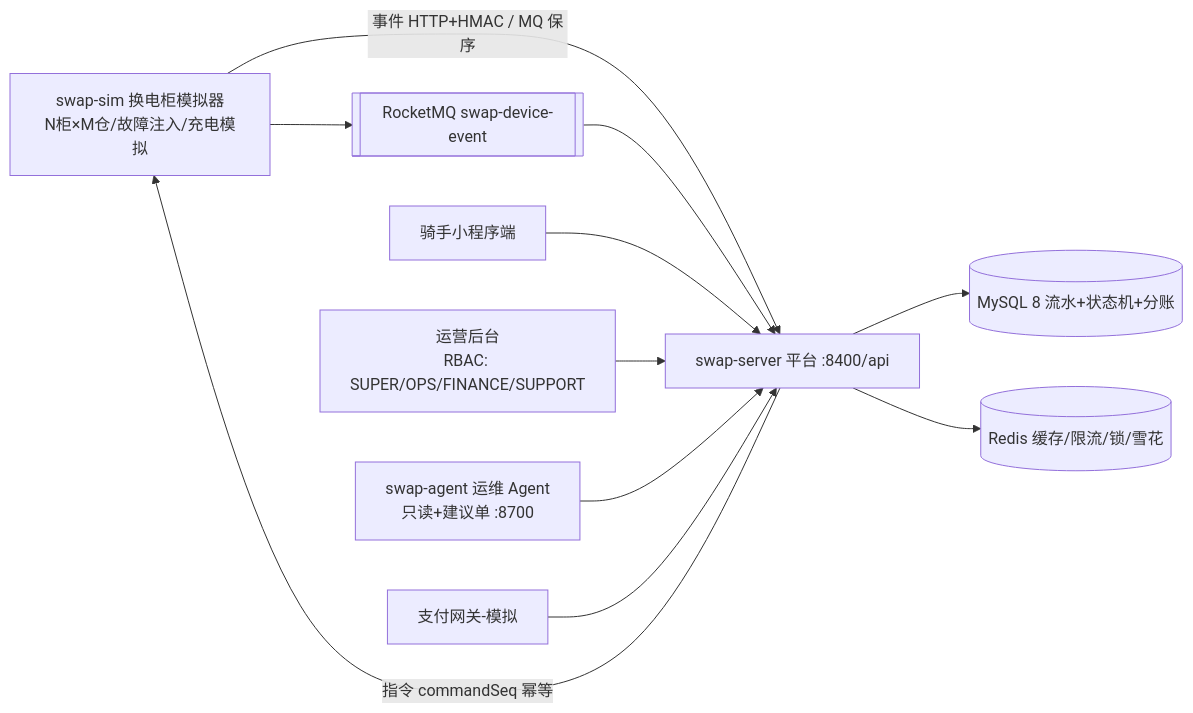
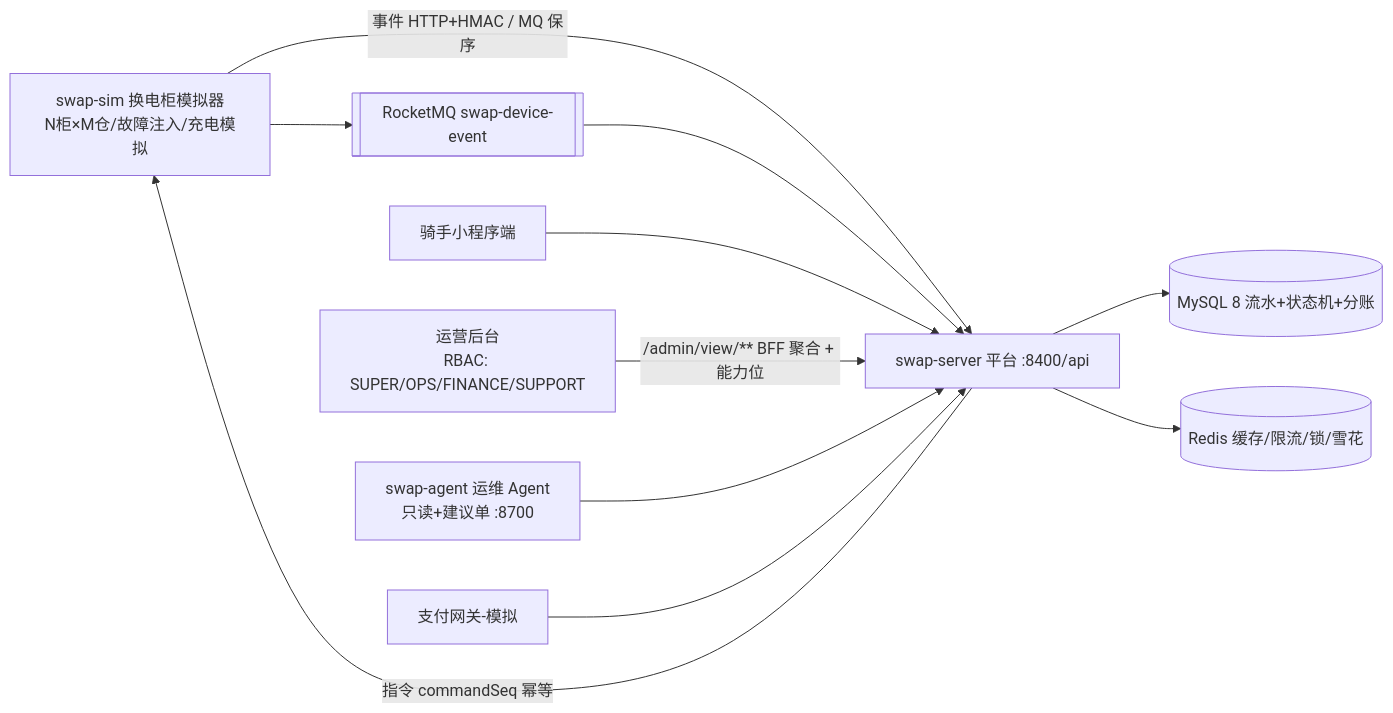
One commit to WhereLee/battery-swap-ops changed the diagram in README.md. Above: the diagram before and after it, drawn with Mermaid. The commit also changed other lines of this file and 28 other files, not shown here.

First line of the commit message:
feat(S8): 批次29 前端地基与 BFF 视图层（后端侧）

````diff
--- a/README.md
+++ b/README.md
@@ -22,13 +23,13 @@
 ```mermaid
 flowchart LR
     SIM[swap-sim 换电柜模拟器<br/>N柜×M仓/故障注入/充电模拟] -->|事件 HTTP+HMAC / MQ 保序| SERVER
     MQ[[RocketMQ swap-device-event]] --> SERVER
     SERVER[swap-server 平台 :8400/api] -->|指令 commandSeq 幂等| SIM
     USER[骑手小程序端] --> SERVER
-    ADMIN[运营后台<br/>RBAC: SUPER/OPS/FINANCE/SUPPORT] --> SERVER
+    ADMIN[运营后台<br/>RBAC: SUPER/OPS/FINANCE/SUPPORT] -->|"/admin/view/** BFF 聚合 + 能力位"| SERVER
     AGENT[swap-agent 运维 Agent<br/>只读+建议单 :8700] --> SERVER
     PAY[支付网关-模拟] --> SERVER
     SERVER --> DB[(MySQL 8 流水+状态机+分账)]
     SERVER --> RD[(Redis 缓存/限流/锁/雪花)]
     SIM --> MQ
 ```
````
